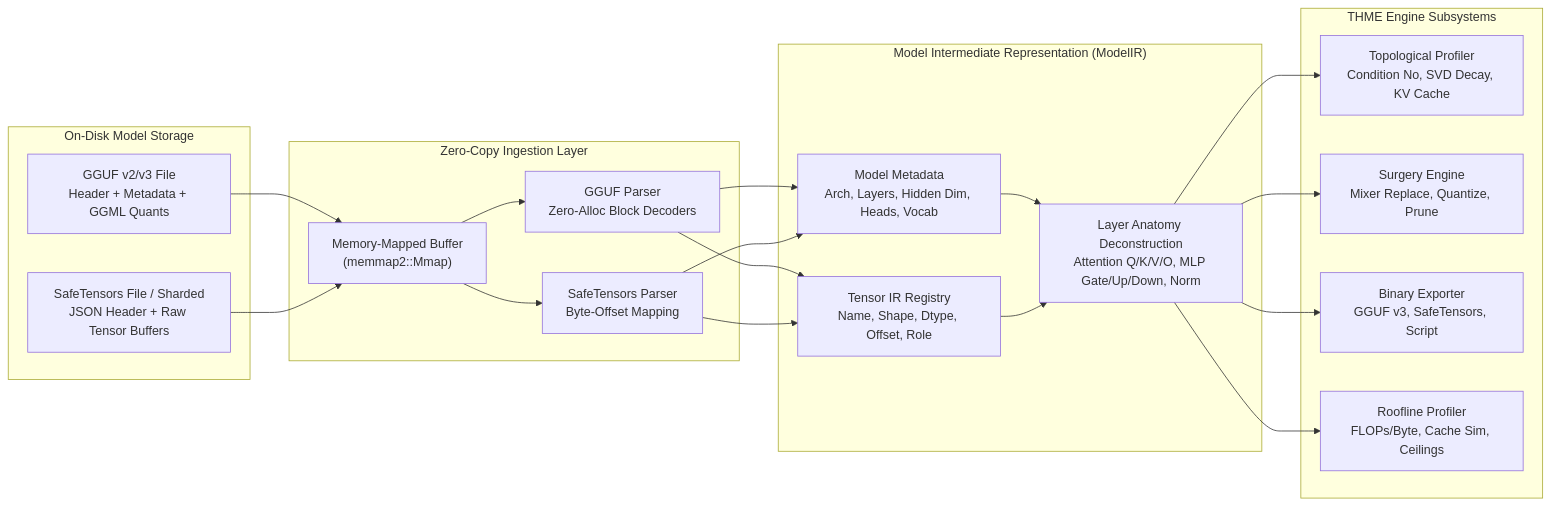
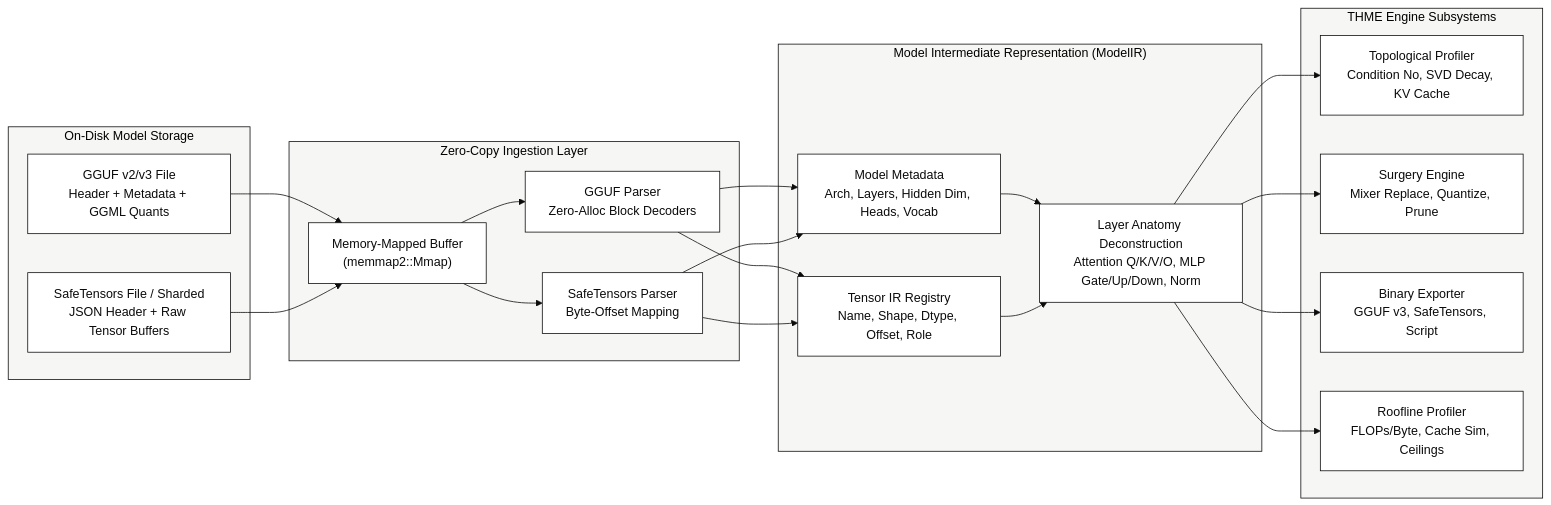
Before and after one commit to EdEpiphanes/THME-Epiphanes: the first of 5 diagrams in docs/subsystems.md, drawn with Mermaid. The commit also changed other lines of this file and 24 other files, not shown here.

First line of the commit message:
docs(brand): manga panel style for diagrams and benchmark charts; refresh README roadmap (#42)

````diff
--- a/docs/subsystems.md
+++ b/docs/subsystems.md
@@ -100,31 +100,32 @@
 ```mermaid
+%%{init: {'theme': 'base', 'themeVariables': {'fontFamily': 'Chakra Petch, Bahnschrift, Arial Narrow, sans-serif', 'primaryColor': '#ffffff', 'primaryTextColor': '#0b0b0b', 'primaryBorderColor': '#0b0b0b', 'lineColor': '#0b0b0b', 'secondaryColor': '#f6f6f4', 'tertiaryColor': '#ffffff', 'clusterBkg': '#f6f6f4', 'clusterBorder': '#0b0b0b', 'edgeLabelBackground': '#ffffff', 'noteBkgColor': '#ffffff', 'noteBorderColor': '#0b0b0b', 'actorBkg': '#ffffff', 'actorBorder': '#0b0b0b', 'signalColor': '#0b0b0b', 'labelBoxBkgColor': '#ffffff'}}}%%
 flowchart LR
     subgraph Storage ["On-Disk Model Storage"]
         GGUF["GGUF v2/v3 File<br/>Header + Metadata + GGML Quants"]
         ST["SafeTensors File / Sharded<br/>JSON Header + Raw Tensor Buffers"]
     end
 
     subgraph Ingestion ["Zero-Copy Ingestion Layer"]
         MMap["Memory-Mapped Buffer<br/>(memmap2::Mmap)"]
         ParserGGUF["GGUF Parser<br/>Zero-Alloc Block Decoders"]
         ParserST["SafeTensors Parser<br/>Byte-Offset Mapping"]
     end
 
     subgraph CoreIR ["Model Intermediate Representation (ModelIR)"]
         Metadata["Model Metadata<br/>Arch, Layers, Hidden Dim, Heads, Vocab"]
         TensorMap["Tensor IR Registry<br/>Name, Shape, Dtype, Offset, Role"]
         Decomp["Layer Anatomy Deconstruction<br/>Attention Q/K/V/O, MLP Gate/Up/Down, Norm"]
     end
 
     subgraph Consumers ["THME Engine Subsystems"]
         Profiler["Topological Profiler<br/>Condition No, SVD Decay, KV Cache"]
         Surgery["Surgery Engine<br/>Mixer Replace, Quantize, Prune"]
         Exporter["Binary Exporter<br/>GGUF v3, SafeTensors, Script"]
         RooflineEngine["Roofline Profiler<br/>FLOPs/Byte, Cache Sim, Ceilings"]
     end
 
     GGUF --> MMap --> ParserGGUF --> Metadata & TensorMap
     ST --> MMap --> ParserST --> Metadata & TensorMap
     Metadata & TensorMap --> Decomp
     Decomp --> Profiler & Surgery & Exporter & RooflineEngine
 ```
````
